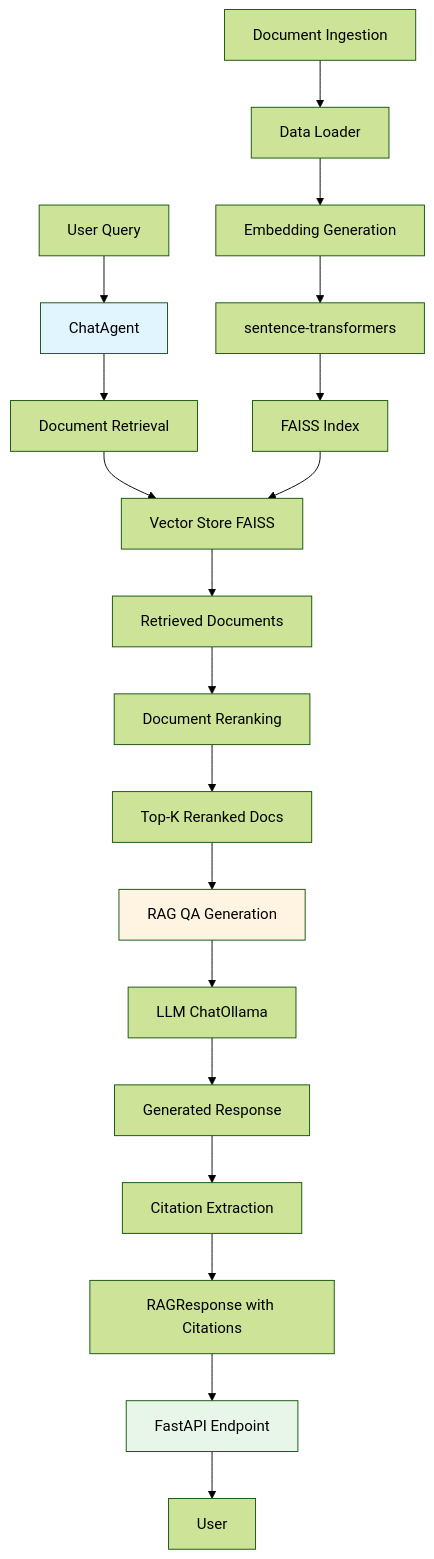
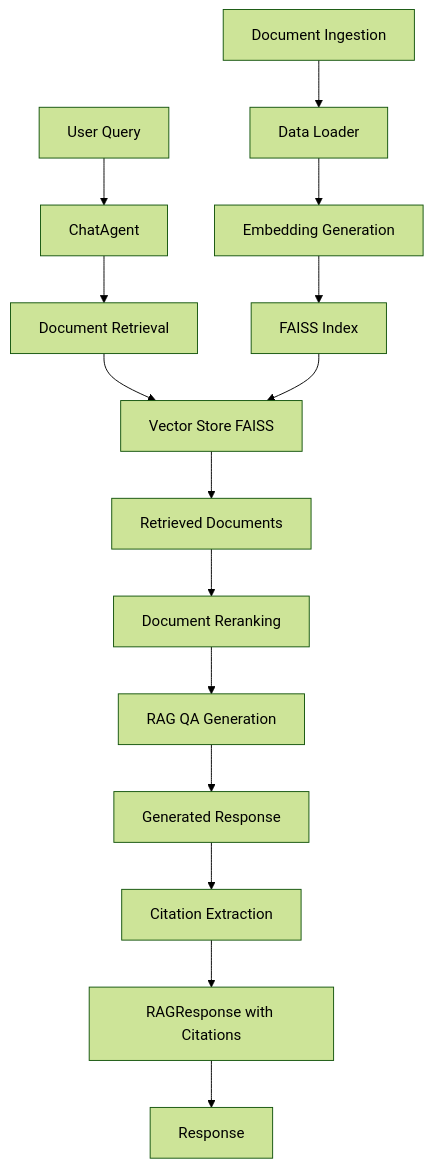
One commit to HackerLion123/rag-example changed the diagram in README.md. Above: the diagram before and after it, drawn with Mermaid (forest theme).

Commit message:
[main] simplified architecutre.

````diff
--- a/README.md
+++ b/README.md
@@ -9,26 +9,18 @@
 ```mermaid
 graph TD
     A[User Query] --> B[ChatAgent]
     B --> C[Document Retrieval]
     C --> D[Vector Store FAISS]
     D --> E[Retrieved Documents]
     E --> F[Document Reranking]
-    F --> G[Top-K Reranked Docs]
-    G --> H[RAG QA Generation]
-    H --> I[LLM ChatOllama]
-    I --> J[Generated Response]
-    J --> K[Citation Extraction]
-    K --> L[RAGResponse with Citations]
-    L --> M[FastAPI Endpoint]
-    M --> N[User]
+    F --> G[RAG QA Generation]
+    G --> H[Generated Response]
+    H --> I[Citation Extraction]
+    I --> J[RAGResponse with Citations]
+    J --> K[Response]
     
     O[Document Ingestion] --> P[Data Loader]
     P --> Q[Embedding Generation]
-    Q --> R[sentence-transformers]
-    R --> S[FAISS Index]
-    S --> D
-    
-    style B fill:#e1f5ff
-    style H fill:#fff4e1
-    style M fill:#e8f5e9
+    Q --> R[FAISS Index]
+    R --> D
 ```
````
